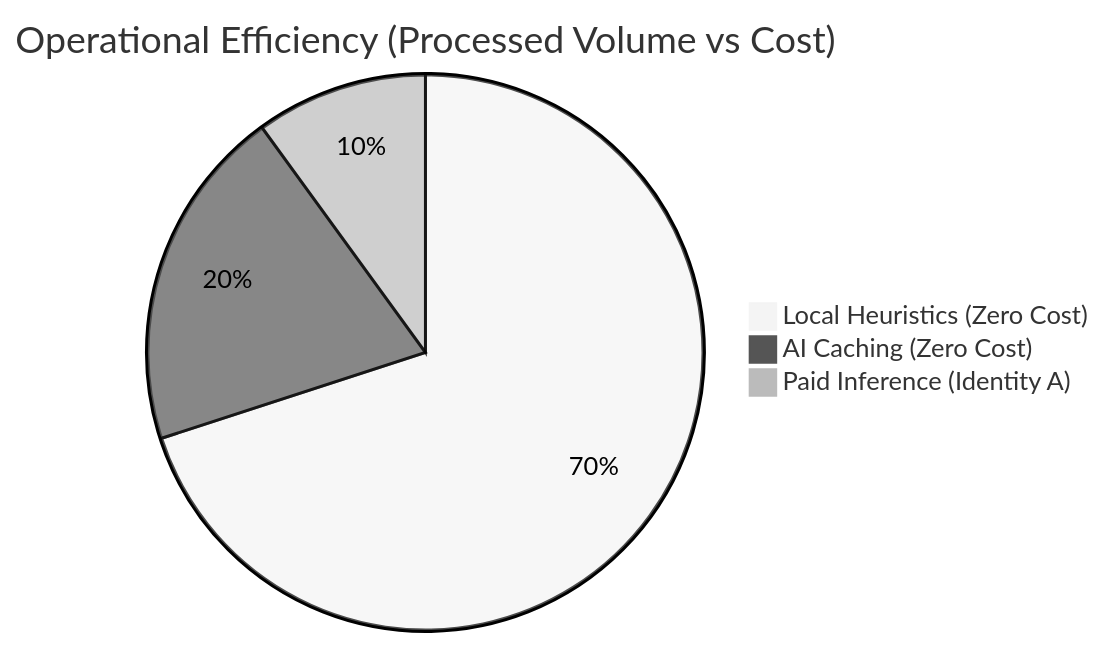
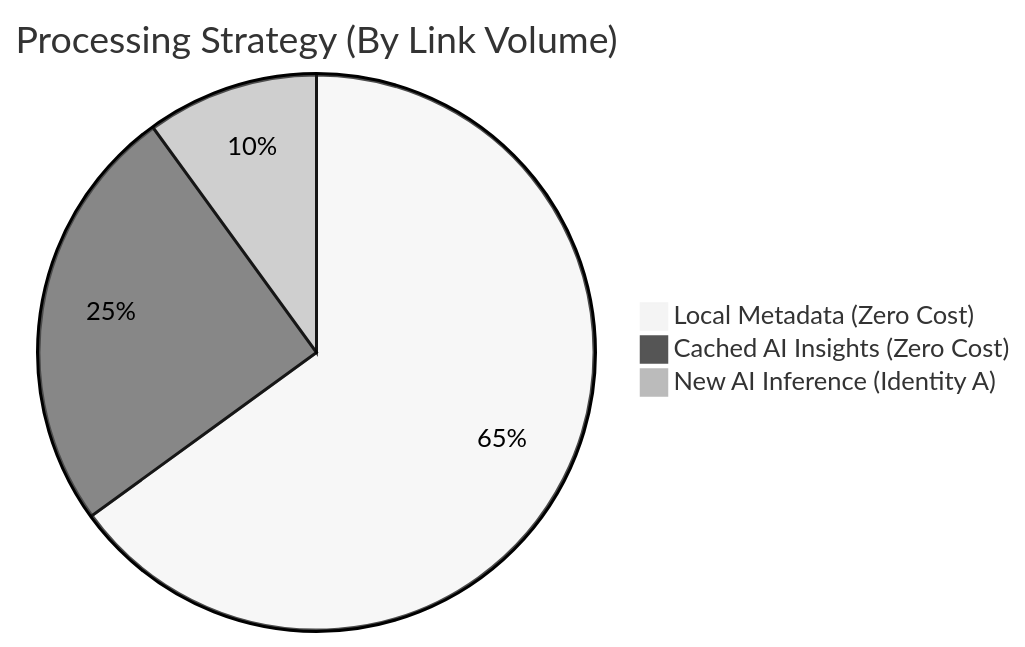
The sixth of 9 diagrams in README.md (nubenetes/awesome-kubernetes), drawn with Mermaid (neutral theme) before and after one commit. The commit also changed other lines of this file, not shown here.

Commit message:
docs: expand AI Economic Architecture with detailed cost projections and ROI analysis

````diff
--- a/README.md
+++ b/README.md
@@ -301,6 +312,6 @@
 ```mermaid
-pie title Operational Efficiency (Processed Volume vs Cost)
-    "Local Heuristics (Zero Cost)" : 70
-    "AI Caching (Zero Cost)" : 20
-    "Paid Inference (Identity A)" : 10
+pie title Processing Strategy (By Link Volume)
+    "Local Metadata (Zero Cost)" : 65
+    "Cached AI Insights (Zero Cost)" : 25
+    "New AI Inference (Identity A)" : 10
 ```
````
